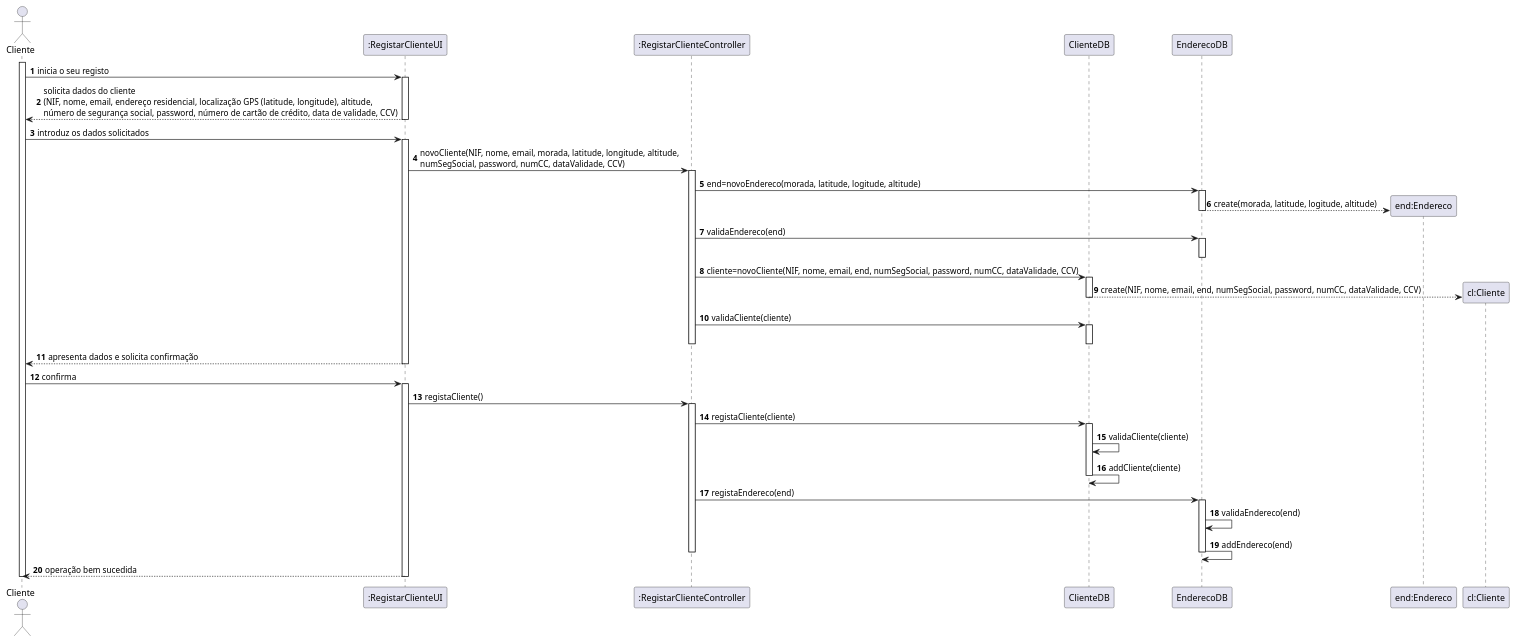
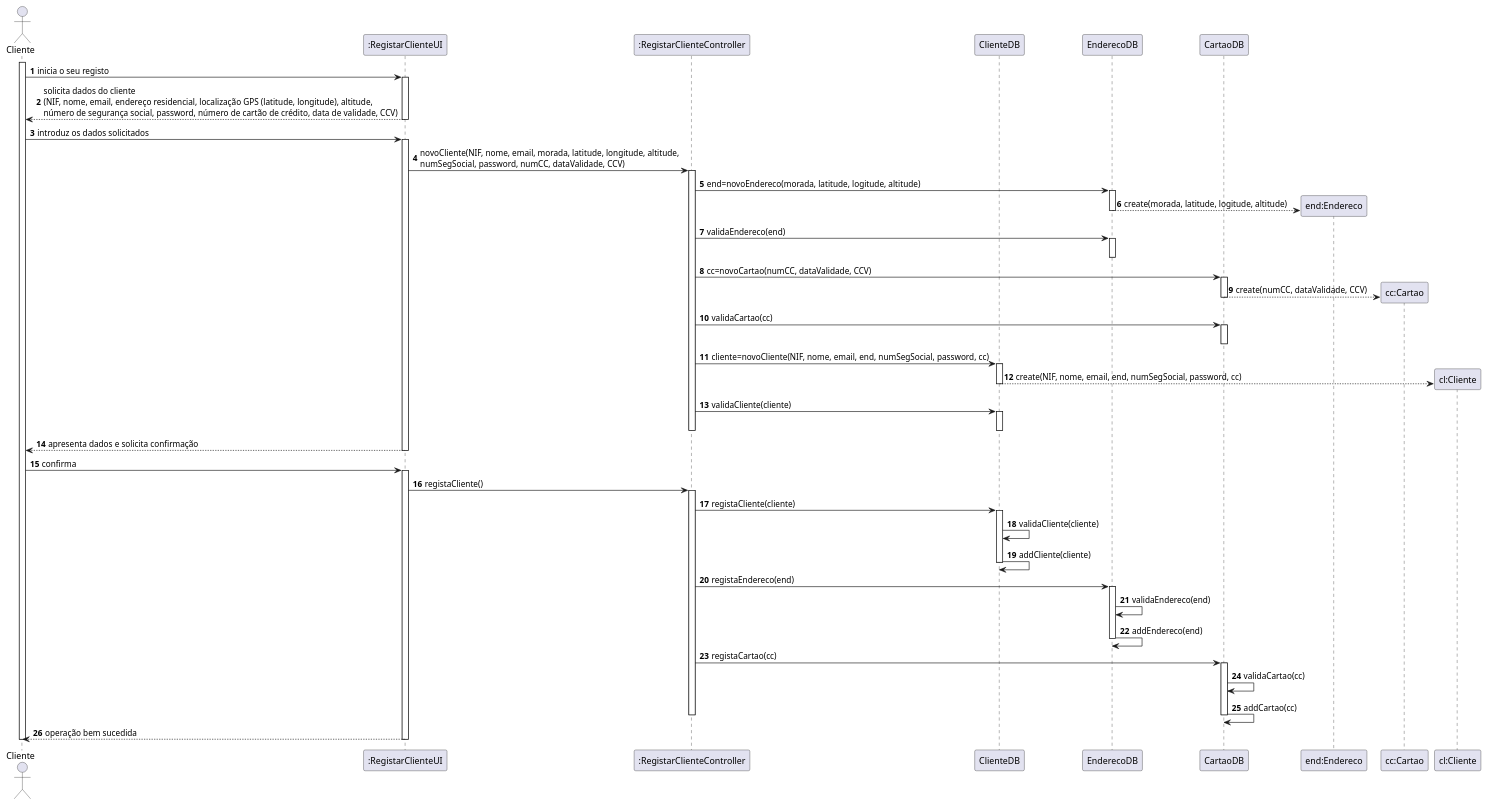
Before and after one commit to pedrolemos4/LAPR3: the diagram in docs/UC7/SD-REGISTAR CLIENTE.puml, drawn with PlantUML. The commit also changed 3 other files, not shown here.

```diff
--- a/docs/UC7/SD-REGISTAR CLIENTE.puml
+++ b/docs/UC7/SD-REGISTAR CLIENTE.puml
@@ -1,71 +1,89 @@
 @startuml
 autonumber
 actor "Cliente" as ADM
 
 participant ":RegistarClienteUI" as UI
 participant ":RegistarClienteController" as CTRL
 participant "ClienteDB" as DB
 participant "EnderecoDB" as EDB
+participant "CartaoDB" as CDB
 participant "end:Endereco" as END
+participant "cc:Cartao" as CARTAO
 participant "cl:Cliente" as CLIENTE
 
 activate ADM
 ADM -> UI : inicia o seu registo
 activate UI
 UI --> ADM : solicita dados do cliente \n(NIF, nome, email, endereço residencial, localização GPS (latitude, longitude), altitude, \nnúmero de segurança social, password, número de cartão de crédito, data de validade, CCV)
 deactivate UI
 
 ADM -> UI : introduz os dados solicitados
 activate UI
 UI -> CTRL : novoCliente(NIF, nome, email, morada, latitude, longitude, altitude, \nnumSegSocial, password, numCC, dataValidade, CCV)
 activate CTRL
 
 CTRL -> EDB: end=novoEndereco(morada, latitude, logitude, altitude)
 activate EDB
 EDB --> END ** : create(morada, latitude, logitude, altitude)
 deactivate EDB
 
 CTRL -> EDB: validaEndereco(end)
 activate EDB
 deactivate EDB
 
-CTRL -> DB: cliente=novoCliente(NIF, nome, email, end, numSegSocial, password, numCC, dataValidade, CCV)
+CTRL -> CDB: cc=novoCartao(numCC, dataValidade, CCV)
+activate CDB
+CDB --> CARTAO ** : create(numCC, dataValidade, CCV)
+deactivate CDB
+
+CTRL -> CDB: validaCartao(cc)
+activate CDB
+deactivate CDB
+
+CTRL -> DB: cliente=novoCliente(NIF, nome, email, end, numSegSocial, password, cc)
 activate DB
-DB --> CLIENTE ** : create(NIF, nome, email, end, numSegSocial, password, numCC, dataValidade, CCV)
+DB --> CLIENTE ** : create(NIF, nome, email, end, numSegSocial, password, cc)
 deactivate DB
 
 CTRL -> DB: validaCliente(cliente)
 activate DB
 deactivate DB
 
 deactivate CTRL
 UI --> ADM : apresenta dados e solicita confirmação
 deactivate UI
 
 ADM -> UI : confirma
 activate UI
 
 UI -> CTRL: registaCliente()
 activate CTRL
 CTRL ->DB: registaCliente(cliente)
 activate DB
 DB -> DB: validaCliente(cliente)
 DB -> DB: addCliente(cliente)
 
 deactivate DB
 
 CTRL ->EDB: registaEndereco(end)
 activate EDB
 EDB -> EDB: validaEndereco(end)
 EDB -> EDB: addEndereco(end)
 
 deactivate EDB
 
+CTRL ->CDB: registaCartao(cc)
+activate CDB
+CDB -> CDB: validaCartao(cc)
+CDB -> CDB: addCartao(cc)
+
+deactivate CDB
+
 deactivate CTRL
 
 UI --> ADM : operação bem sucedida
 deactivate UI
 
 deactivate ADM
 
 @enduml
```
